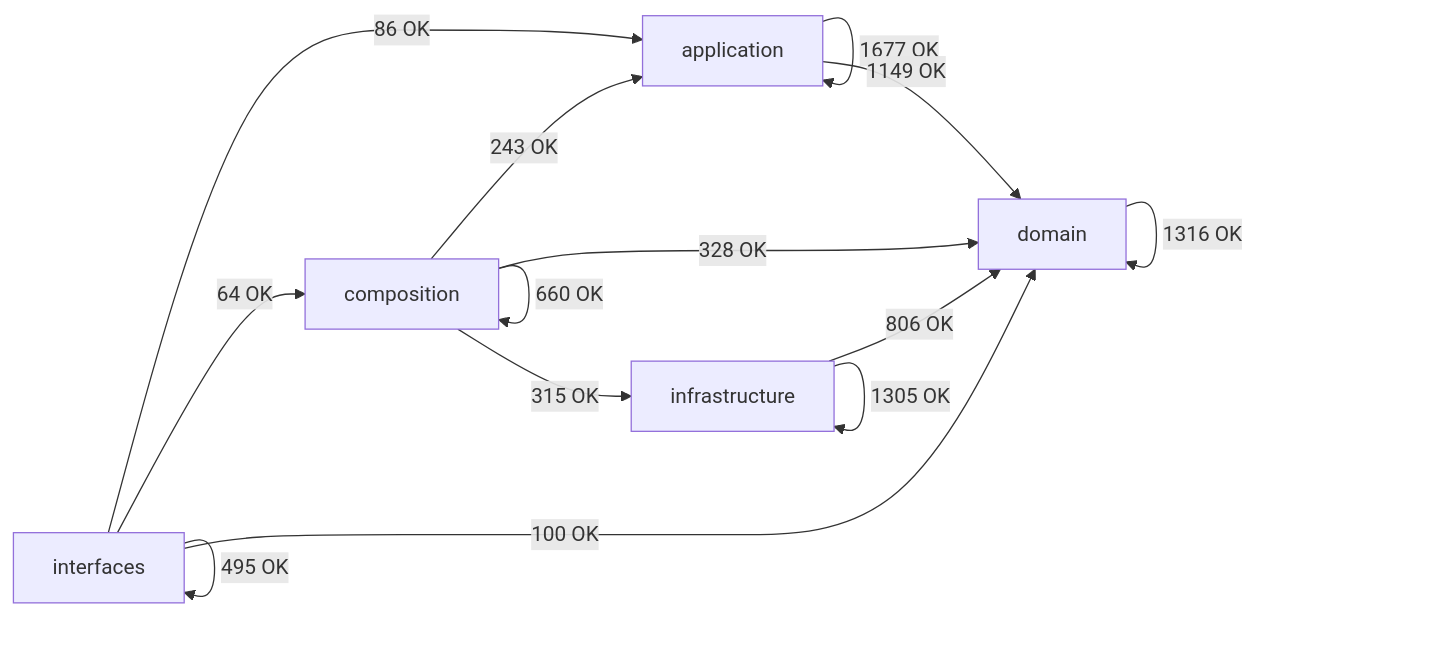
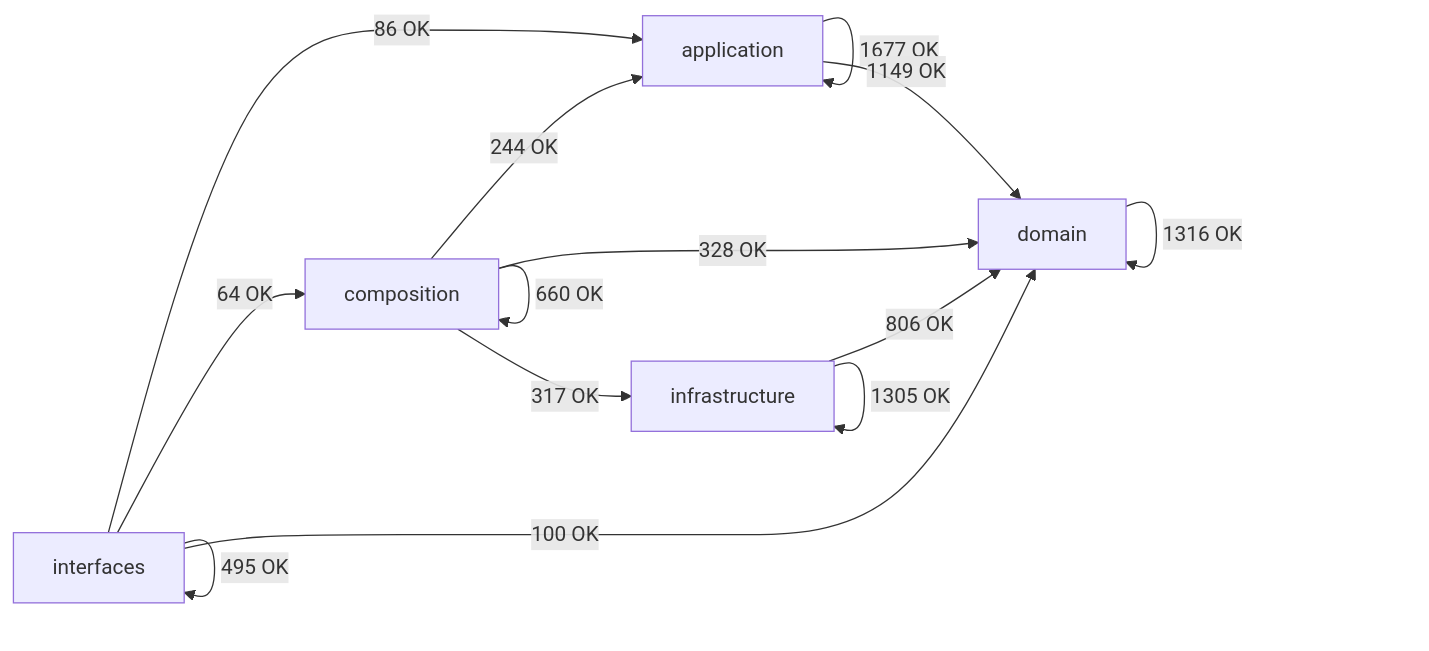
Before and after one commit to SatoryKono/BioactivityDataAcquisition: the diagram in docs/02-architecture/generated/module-dependency-map.md, drawn with Mermaid. The commit also changed other lines of this file and 31 other files, not shown here.

````diff
--- a/docs/02-architecture/generated/module-dependency-map.md
+++ b/docs/02-architecture/generated/module-dependency-map.md
@@ -17,21 +17,21 @@
 ```mermaid
 flowchart LR
     domain[domain]
     application[application]
     infrastructure[infrastructure]
     composition[composition]
     interfaces[interfaces]
     application -->|1677 OK| application
     application -->|1149 OK| domain
-    composition -->|243 OK| application
+    composition -->|244 OK| application
     composition -->|660 OK| composition
     composition -->|328 OK| domain
-    composition -->|315 OK| infrastructure
+    composition -->|317 OK| infrastructure
     domain -->|1316 OK| domain
     infrastructure -->|806 OK| domain
     infrastructure -->|1305 OK| infrastructure
     interfaces -->|86 OK| application
     interfaces -->|64 OK| composition
     interfaces -->|100 OK| domain
     interfaces -->|495 OK| interfaces
 ```
````
